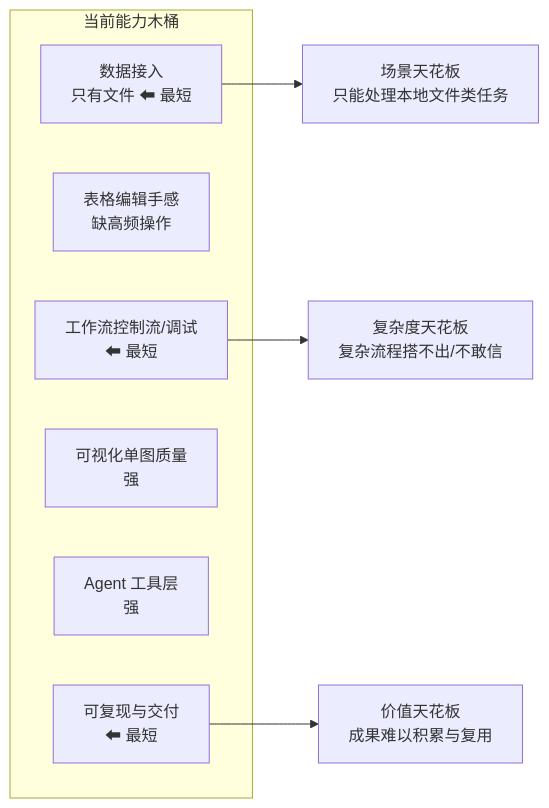
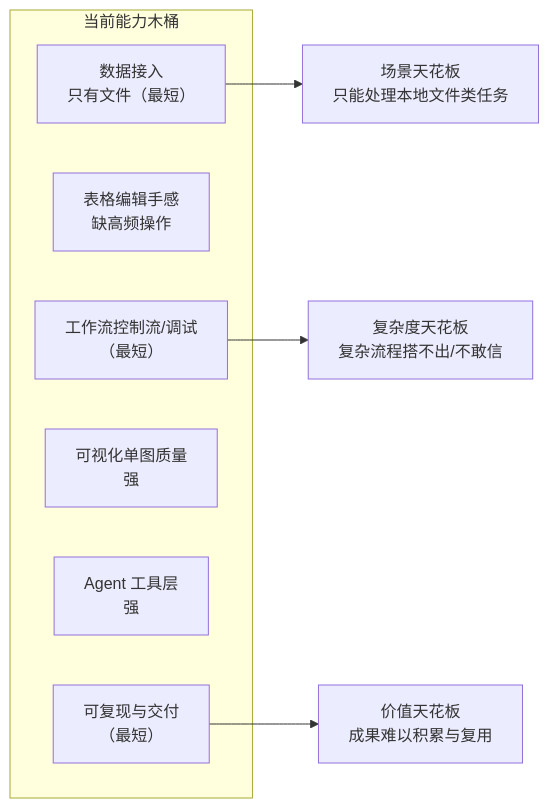
Before and after one commit to czyt1988/data-workbench: the fifth of 16 diagrams in docs/zh/roadmap.md, drawn with Mermaid. The commit also changed other lines of this file and 55 other files, not shown here.

````diff
--- a/docs/zh/roadmap.md
+++ b/docs/zh/roadmap.md
@@ -376,14 +376,14 @@
 ```mermaid
 flowchart LR
     subgraph Bucket["当前能力木桶"]
-        A["数据接入<br/>只有文件 ⬅ 最短"]
+        A["数据接入<br/>只有文件（最短）"]
         B["表格编辑手感<br/>缺高频操作"]
-        C["工作流控制流/调试<br/>⬅ 最短"]
+        C["工作流控制流/调试<br/>（最短）"]
         D["可视化单图质量<br/>强"]
         E["Agent 工具层<br/>强"]
-        F["可复现与交付<br/>⬅ 最短"]
+        F["可复现与交付<br/>（最短）"]
     end
     A --> G["场景天花板<br/>只能处理本地文件类任务"]
     C --> H["复杂度天花板<br/>复杂流程搭不出/不敢信"]
     F --> I["价值天花板<br/>成果难以积累与复用"]
 ```
````
